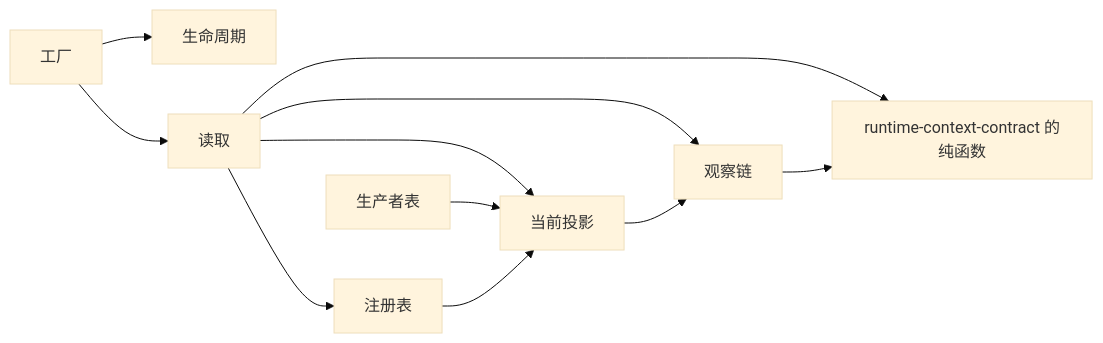
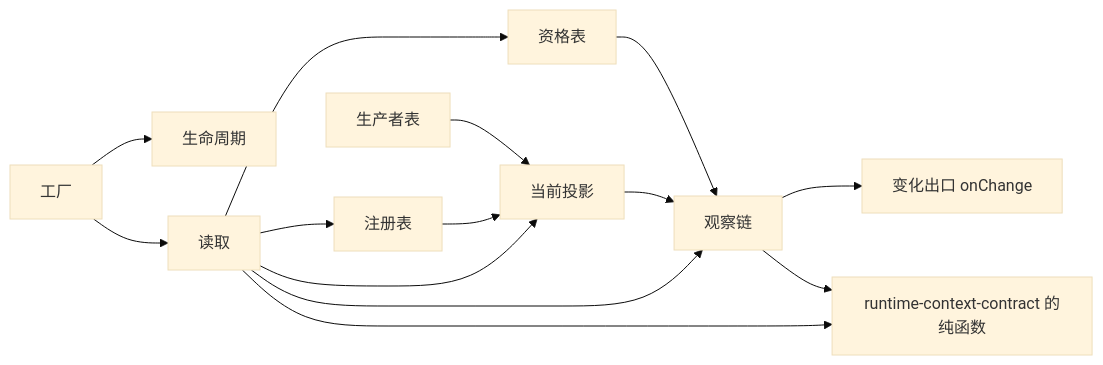
One commit to nemori-ai/omne-harness-lite changed the diagram in packages/context/runtime-context/docs/architecture.md. Above: the diagram before and after it, drawn with Mermaid (base theme). The commit also changed other lines of this file and 68 other files, not shown here.

````diff
--- a/packages/context/runtime-context/docs/architecture.md
+++ b/packages/context/runtime-context/docs/architecture.md
@@ -20,13 +21,16 @@
 ```mermaid
 flowchart LR
   Factory[工厂] --> Life[生命周期]
   Factory --> Read[读取]
+  Read --> Elig[资格表]
   Read --> Reg[注册表]
   Read --> Proj[当前投影]
   Read --> Obs[观察链]
+  Elig --> Obs
   Prod[生产者表] --> Proj
   Proj --> Obs
   Reg --> Proj
+  Obs --> Out[变化出口 onChange]
   Read --> RCC[runtime-context-contract 的纯函数]
   Obs --> RCC
 ```
````
